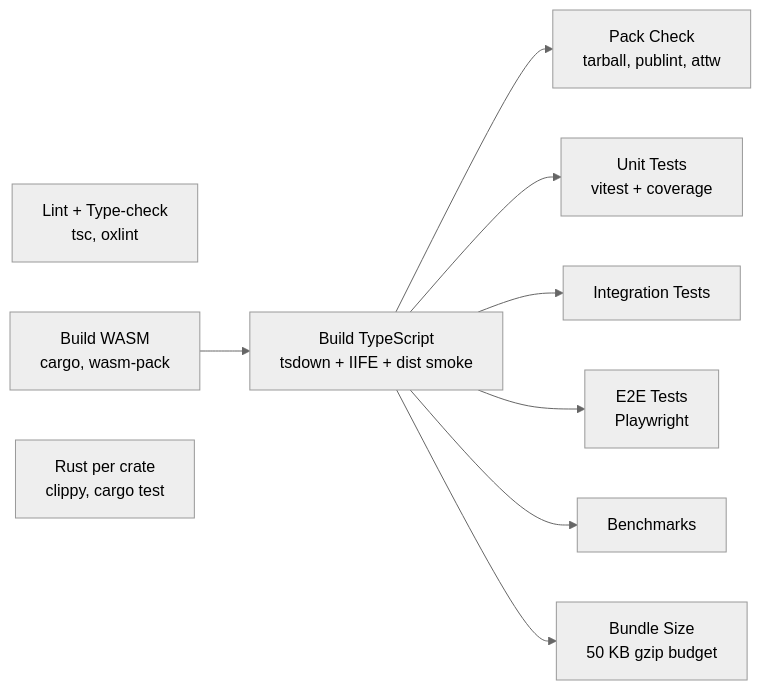
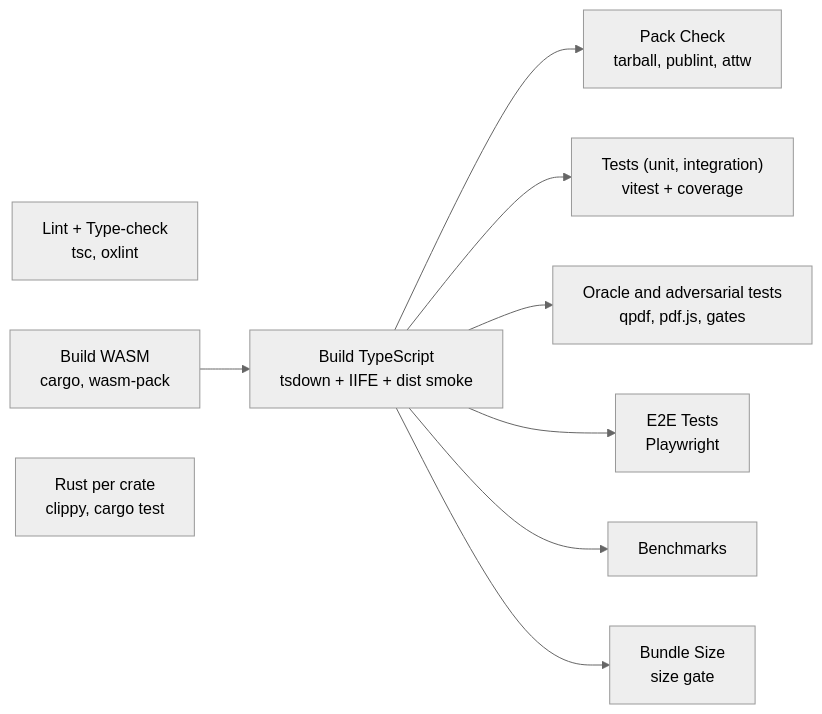
The diagram in CONTRIBUTING.md (ABCrimson/modern-pdf-lib), drawn with Mermaid (neutral theme) before and after one commit. The commit also changed other lines of this file and 12 other files, not shown here.

````diff
--- a/CONTRIBUTING.md
+++ b/CONTRIBUTING.md
@@ -214,21 +283,21 @@
 ```mermaid
 flowchart LR
   L["Lint + Type-check<br/>tsc, oxlint"]
   W["Build WASM<br/>cargo, wasm-pack"]
   T["Build TypeScript<br/>tsdown + IIFE + dist smoke"]
   P["Pack Check<br/>tarball, publint, attw"]
-  U["Unit Tests<br/>vitest + coverage"]
-  I["Integration Tests"]
+  U["Tests (unit, integration)<br/>vitest + coverage"]
+  O["Oracle and adversarial tests<br/>qpdf, pdf.js, gates"]
   E["E2E Tests<br/>Playwright"]
   B["Benchmarks"]
-  S["Bundle Size<br/>50 KB gzip budget"]
+  S["Bundle Size<br/>size gate"]
   R["Rust per crate<br/>clippy, cargo test"]
 
   W --> T
   T --> P
   T --> U
-  T --> I
+  T --> O
   T --> E
   T --> B
   T --> S
 ```
````
